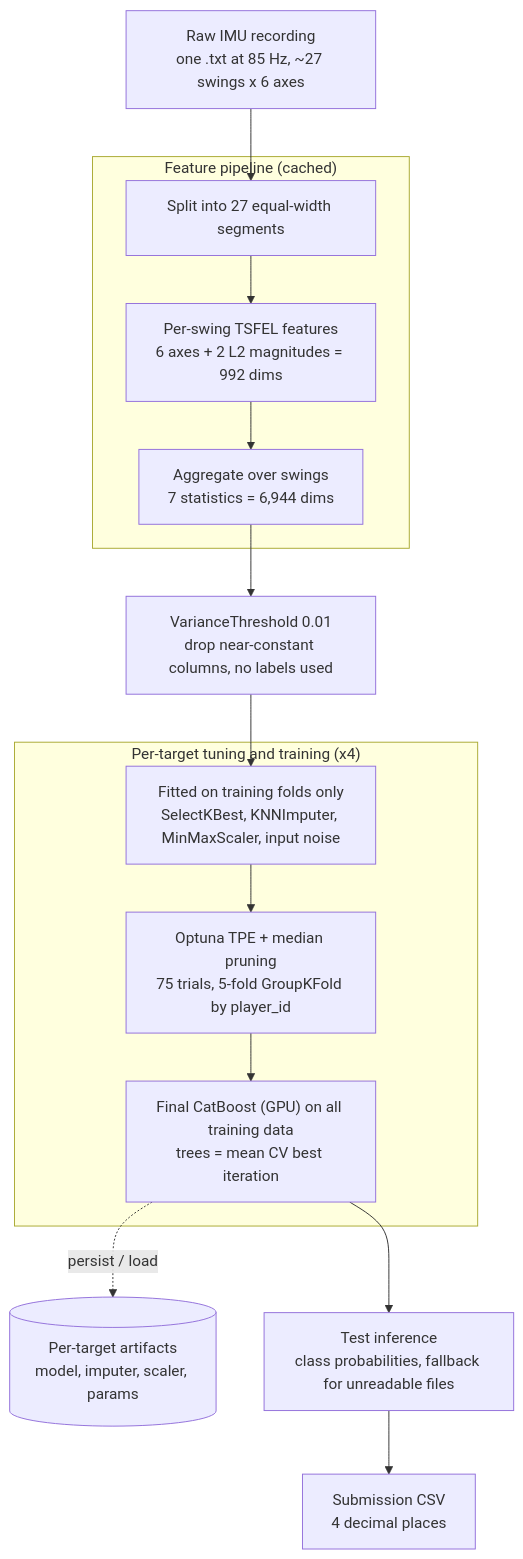
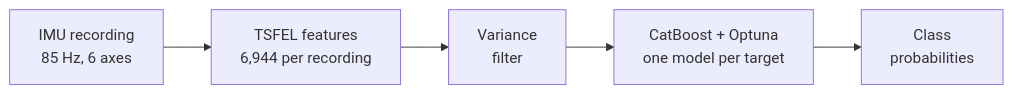
Before and after one commit to Guancheng1206/aicup2025Spring_Tabletennis: the diagram in README.md, drawn with Mermaid. The commit also changed other lines of this file, not shown here.

````diff
--- a/README.md
+++ b/README.md
@@ -65,26 +20,7 @@
 ```mermaid
-flowchart TD
-    RAW["Raw IMU recording<br/>one .txt at 85 Hz, ~27 swings x 6 axes"]
-
-    subgraph FEAT["Feature pipeline (cached)"]
-        SEG["Split into 27 equal-width segments"]
-        TS["Per-swing TSFEL features<br/>6 axes + 2 L2 magnitudes = 992 dims"]
-        AGG["Aggregate over swings<br/>7 statistics = 6,944 dims"]
-        SEG --> TS --> AGG
-    end
-
-    VT["VarianceThreshold 0.01<br/>drop near-constant columns, no labels used"]
-
-    subgraph TRAIN["Per-target tuning and training (x4)"]
-        PRE["Fitted on training folds only<br/>SelectKBest, KNNImputer, MinMaxScaler, input noise"]
-        OPT["Optuna TPE + median pruning<br/>75 trials, 5-fold GroupKFold by player_id"]
-        FIT["Final CatBoost (GPU) on all training data<br/>trees = mean CV best iteration"]
-        PRE --> OPT --> FIT
-    end
-
-    RAW --> SEG
-    AGG --> VT --> PRE
-    FIT -. persist / load .-> ART[("Per-target artifacts<br/>model, imputer, scaler, params")]
-    FIT --> INF["Test inference<br/>class probabilities, fallback for unreadable files"]
-    INF --> SUB["Submission CSV<br/>4 decimal places"]
+flowchart LR
+    A["IMU recording<br/>85 Hz, 6 axes"] --> B["TSFEL features<br/>6,944 per recording"]
+    B --> C["Variance<br/>filter"]
+    C --> D["CatBoost + Optuna<br/>one model per target"]
+    D --> E["Class<br/>probabilities"]
 ```
````
